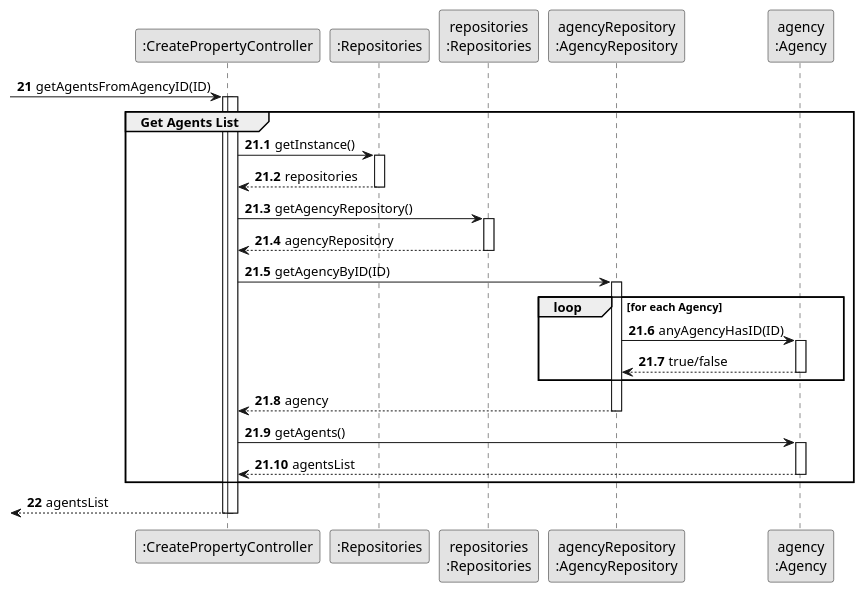
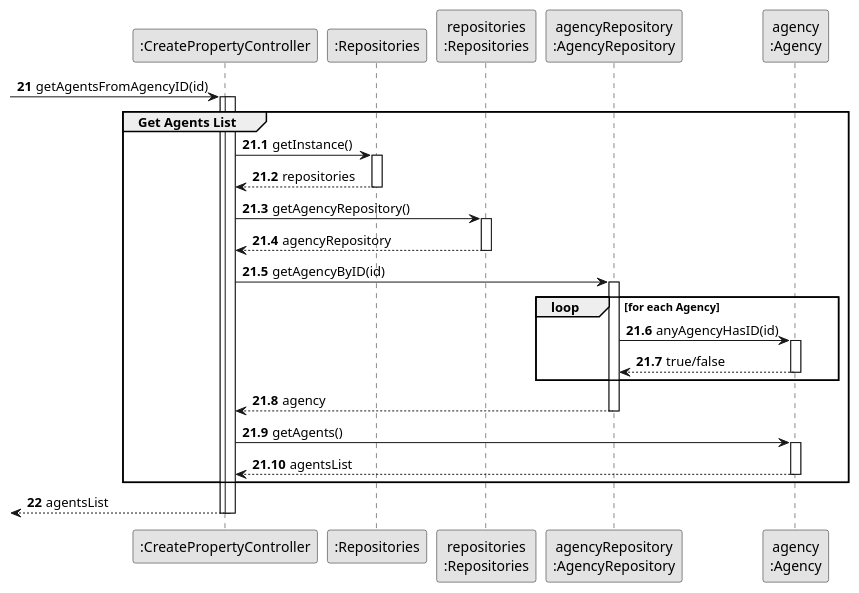
One commit to rita-barbosa/LAPR2-2223 changed the diagram in docs/sprintB/us004/03.design/puml/us004-sequence-diagram-partial-get-agents-list.puml. Above: the diagram before and after it, drawn with PlantUML. The commit also changed 8 other files, not shown here.

```diff
--- a/docs/sprintB/us004/03.design/puml/us004-sequence-diagram-partial-get-agents-list.puml
+++ b/docs/sprintB/us004/03.design/puml/us004-sequence-diagram-partial-get-agents-list.puml
@@ -1,70 +1,70 @@
 @startuml
 
 skinparam monochrome true
 skinparam packageStyle rectangle
 skinparam shadowing false
 
 participant ":CreatePropertyController" as CTRL
 participant ":Repositories" as RepositorySingleton
 participant "repositories\n:Repositories" as PLAT
 participant "agencyRepository\n:AgencyRepository" as AgencyRepository
 participant "agency\n:Agency" as AGC
 
 autonumber 21
 
--> CTRL : getAgentsFromAgencyID(ID)
+-> CTRL : getAgentsFromAgencyID(id)
 activate CTRL
 
 activate CTRL
 
     group Get Agents List
     autonumber 21.1
 
         CTRL -> RepositorySingleton : getInstance()
         activate RepositorySingleton
 
             RepositorySingleton --> CTRL: repositories
         deactivate RepositorySingleton
 
         CTRL -> PLAT : getAgencyRepository()
         activate PLAT
 
         PLAT --> CTRL : agencyRepository
 
         deactivate PLAT
-        CTRL -> AgencyRepository : getAgencyByID(ID)
+        CTRL -> AgencyRepository : getAgencyByID(id)
 
        activate AgencyRepository
 
            loop for each Agency
 
-           AgencyRepository -> AGC : anyAgencyHasID(ID)
+           AgencyRepository -> AGC : anyAgencyHasID(id)
 
            activate AGC
 
            AGC --> AgencyRepository : true/false
 
            deactivate AGC
             end
 
        AgencyRepository --> CTRL : agency
 
        deactivate AgencyRepository
 
        CTRL -> AGC : getAgents()
 
        activate AGC
 
        AGC --> CTRL : agentsList
        deactivate AGC
 
    end
 
    autonumber 22
 
    <-- CTRL : agentsList
 
    deactivate CTRL
 
 deactivate CTRL
 @enduml
```
